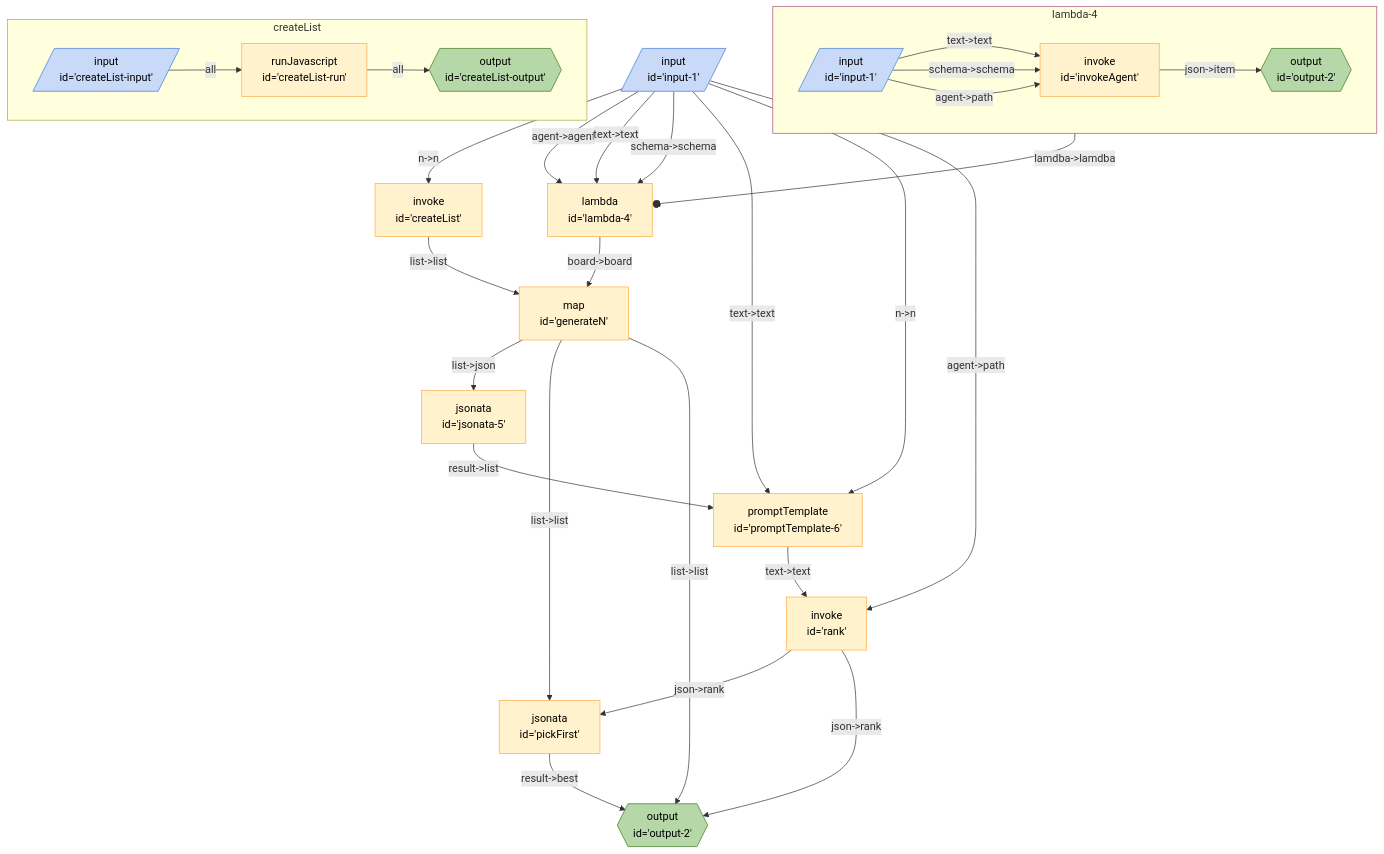
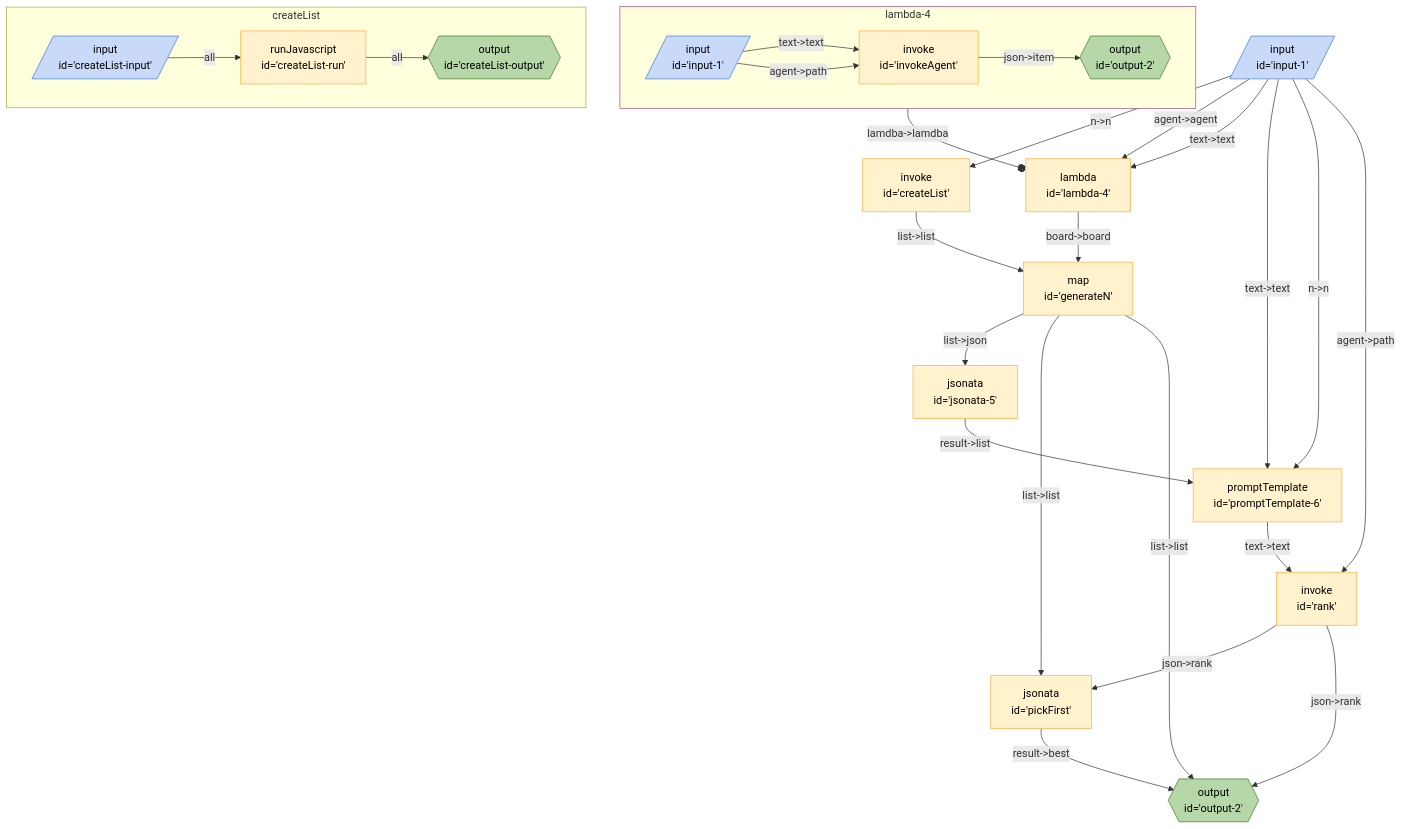
The diagram in packages/breadboard-web/docs/graphs/best-of-n.md (breadboard-ai/breadboard), drawn with Mermaid before and after one commit. The commit also changed 4 other files, not shown here.

Commit message:
make schema optional for realz.

````diff
--- a/packages/breadboard-web/docs/graphs/best-of-n.md
+++ b/packages/breadboard-web/docs/graphs/best-of-n.md
@@ -3,43 +3,41 @@
 ```mermaid
 %%{init: 'themeVariables': { 'fontFamily': 'Fira Code, monospace' }}%%
 graph TD;
 pickFirst["jsonata <br> id='pickFirst'"] -- "result->best" --> output2{{"output <br> id='output-2'"}}:::output
 generateN["map <br> id='generateN'"] -- "list->json" --> jsonata5["jsonata <br> id='jsonata-5'"]
 generateN["map <br> id='generateN'"] -- "list->list" --> pickFirst["jsonata <br> id='pickFirst'"]
 generateN["map <br> id='generateN'"] -- "list->list" --> output2{{"output <br> id='output-2'"}}:::output
 rank["invoke <br> id='rank'"] -- "json->rank" --> pickFirst["jsonata <br> id='pickFirst'"]
 rank["invoke <br> id='rank'"] -- "json->rank" --> output2{{"output <br> id='output-2'"}}:::output
 lambda4["lambda <br> id='lambda-4'"] -- "board->board" --> generateN["map <br> id='generateN'"]
 subgraph sg_lambda4 [lambda-4]
 lambda4_invokeAgent["invoke <br> id='invokeAgent'"] -- "json->item" --> lambda4_output2{{"output <br> id='output-2'"}}:::output
 lambda4_input1[/"input <br> id='input-1'"/]:::input -- "text->text" --> lambda4_invokeAgent["invoke <br> id='invokeAgent'"]
-lambda4_input1[/"input <br> id='input-1'"/]:::input -- "schema->schema" --> lambda4_invokeAgent["invoke <br> id='invokeAgent'"]
 lambda4_input1[/"input <br> id='input-1'"/]:::input -- "agent->path" --> lambda4_invokeAgent["invoke <br> id='invokeAgent'"]
 end
 sg_lambda4:::slotted -- "lamdba->lamdba" --o lambda4
 
 createList["invoke <br> id='createList'"] -- "list->list" --> generateN["map <br> id='generateN'"]
 jsonata5["jsonata <br> id='jsonata-5'"] -- "result->list" --> promptTemplate6["promptTemplate <br> id='promptTemplate-6'"]
 input1[/"input <br> id='input-1'"/]:::input -- "n->n" --> createList["invoke <br> id='createList'"]
 input1[/"input <br> id='input-1'"/]:::input -- "agent->agent" --> lambda4["lambda <br> id='lambda-4'"]
 input1[/"input <br> id='input-1'"/]:::input -- "text->text" --> lambda4["lambda <br> id='lambda-4'"]
-input1[/"input <br> id='input-1'"/]:::input -- "schema->schema" --> lambda4["lambda <br> id='lambda-4'"]
 input1[/"input <br> id='input-1'"/]:::input -- "text->text" --> promptTemplate6["promptTemplate <br> id='promptTemplate-6'"]
 input1[/"input <br> id='input-1'"/]:::input -- "n->n" --> promptTemplate6["promptTemplate <br> id='promptTemplate-6'"]
 input1[/"input <br> id='input-1'"/]:::input -- "agent->path" --> rank["invoke <br> id='rank'"]
 promptTemplate6["promptTemplate <br> id='promptTemplate-6'"] -- "text->text" --> rank["invoke <br> id='rank'"]
 
 subgraph sg_createList [createList]
 createList_createListinput[/"input <br> id='createList-input'"/]:::input -- all --> createList_createListrun["runJavascript <br> id='createList-run'"]
 createList_createListrun["runJavascript <br> id='createList-run'"] -- all --> createList_createListoutput{{"output <br> id='createList-output'"}}:::output
 end
 
 classDef default stroke:#ffab40,fill:#fff2ccff,color:#000
 classDef input stroke:#3c78d8,fill:#c9daf8ff,color:#000
 classDef output stroke:#38761d,fill:#b6d7a8ff,color:#000
 classDef passthrough stroke:#a64d79,fill:#ead1dcff,color:#000
 classDef slot stroke:#a64d79,fill:#ead1dcff,color:#000
 classDef config stroke:#a64d79,fill:#ead1dcff,color:#000
 classDef secrets stroke:#db4437,fill:#f4cccc,color:#000
 classDef slotted stroke:#a64d79
 ```
````
